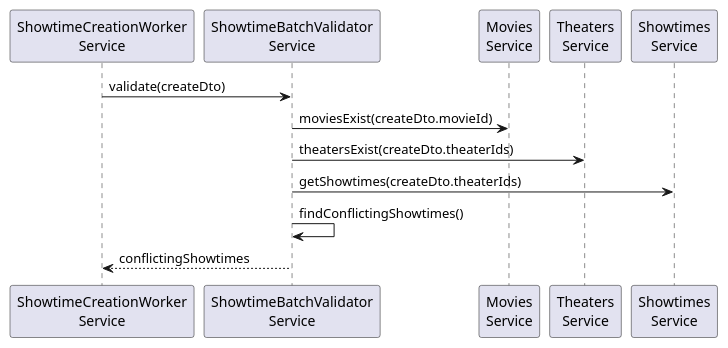
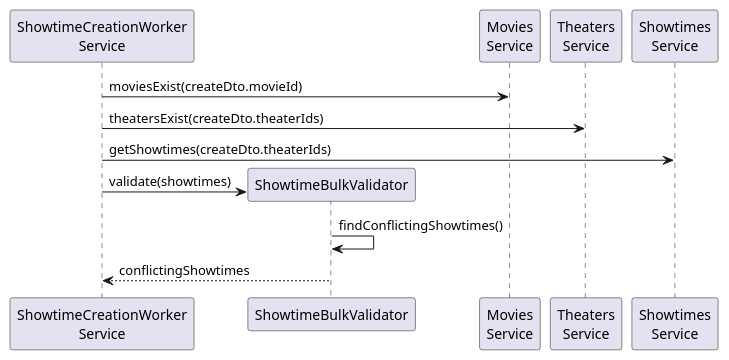
One commit to mannercode/mannercode.github.io changed diagram 12 of 16 in _posts/2025-06-01-backend-design-3.md. Above: the diagram before and after it, drawn with PlantUML. The commit also changed other lines of this file and 122 other files, not shown here.

First line of the commit message:
Add UML diagrams for Showtime Creation workflow

```diff
--- a/_posts/2025-06-01-backend-design-3.md
+++ b/_posts/2025-06-01-backend-design-3.md
@@ -592,16 +652,16 @@
 {% plantuml %}
 @startuml
 participant "ShowtimeCreationWorker\nService" as worker
-participant "ShowtimeBatchValidator\nService" as validator
+participant "ShowtimeBulkValidator" as validator
 participant "Movies\nService" as movies
 participant "Theaters\nService" as theaters
 participant "Showtimes\nService" as showtimes
 
-worker -> validator: validate(createDto)
-validator -> movies: moviesExist(createDto.movieId)
-validator -> theaters: theatersExist(createDto.theaterIds)
-validator -> showtimes: getShowtimes(createDto.theaterIds)
+worker -> movies: moviesExist(createDto.movieId)
+worker -> theaters: theatersExist(createDto.theaterIds)
+worker -> showtimes: getShowtimes(createDto.theaterIds)
+worker -> validator ** : validate(showtimes)
 validator -> validator: findConflictingShowtimes()
 worker <-- validator: conflictingShowtimes
 @enduml
 {% endplantuml %}
```
